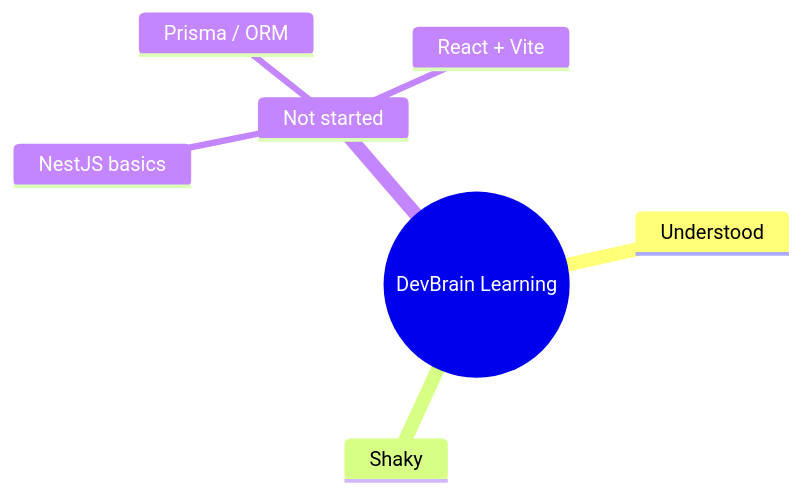
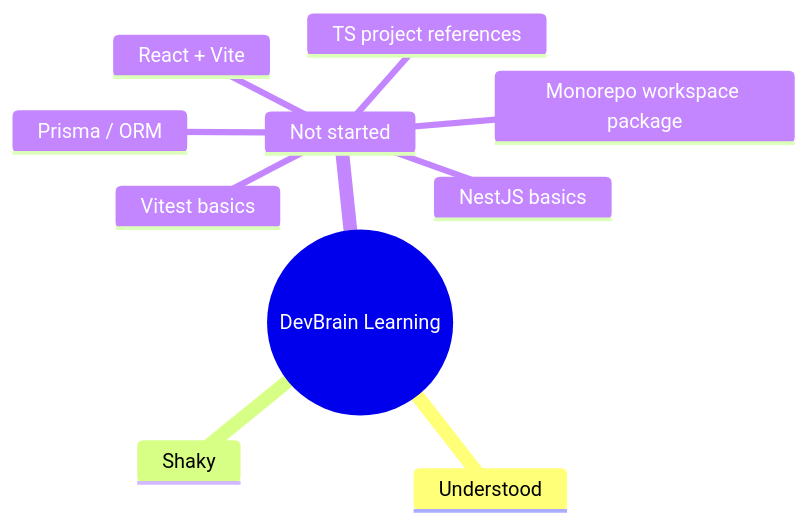
The diagram in docs/LEARNING_LOG.md (Phonghigh/DevBrain), drawn with Mermaid before and after one commit. The commit also changed other lines of this file and 12 other files, not shown here.

````diff
--- a/docs/LEARNING_LOG.md
+++ b/docs/LEARNING_LOG.md
@@ -23,10 +26,13 @@
 ```mermaid
 mindmap
   root((DevBrain Learning))
     Understood
     Shaky
     Not started
+      Monorepo workspace package
+      TS project references
+      Vitest basics
       NestJS basics
       Prisma / ORM
       React + Vite
 ```
````
